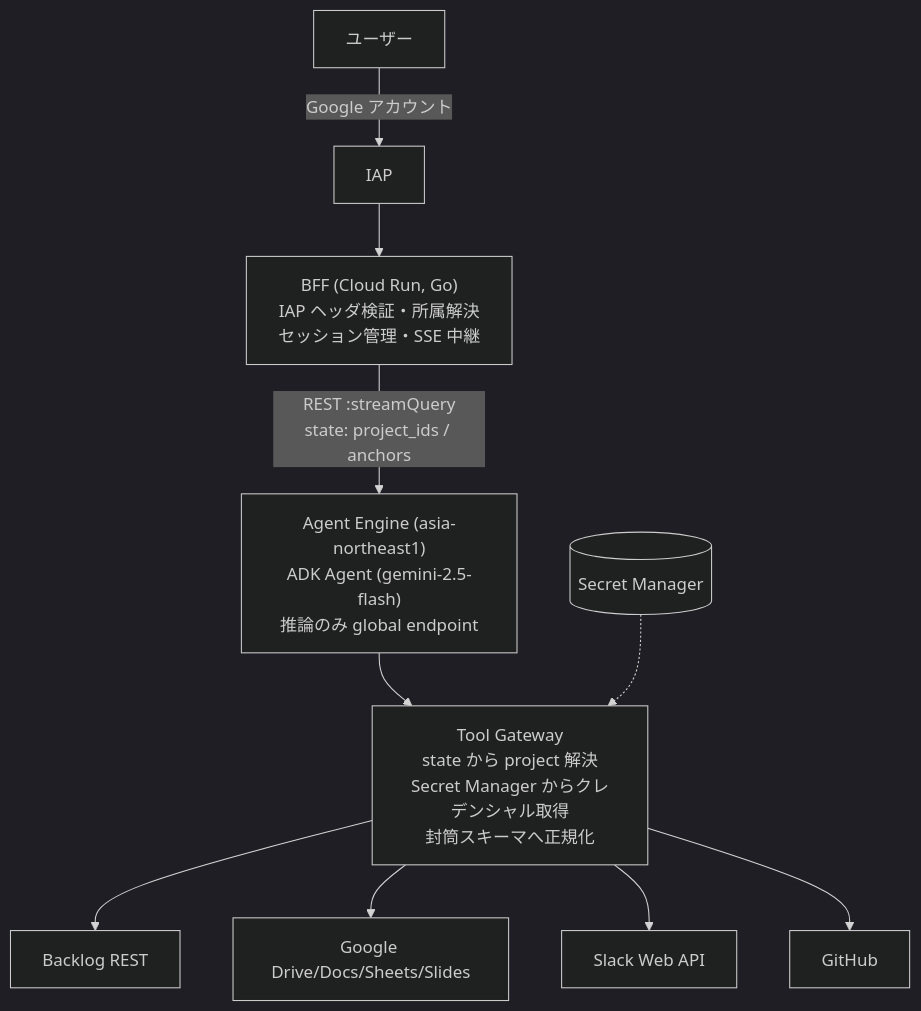
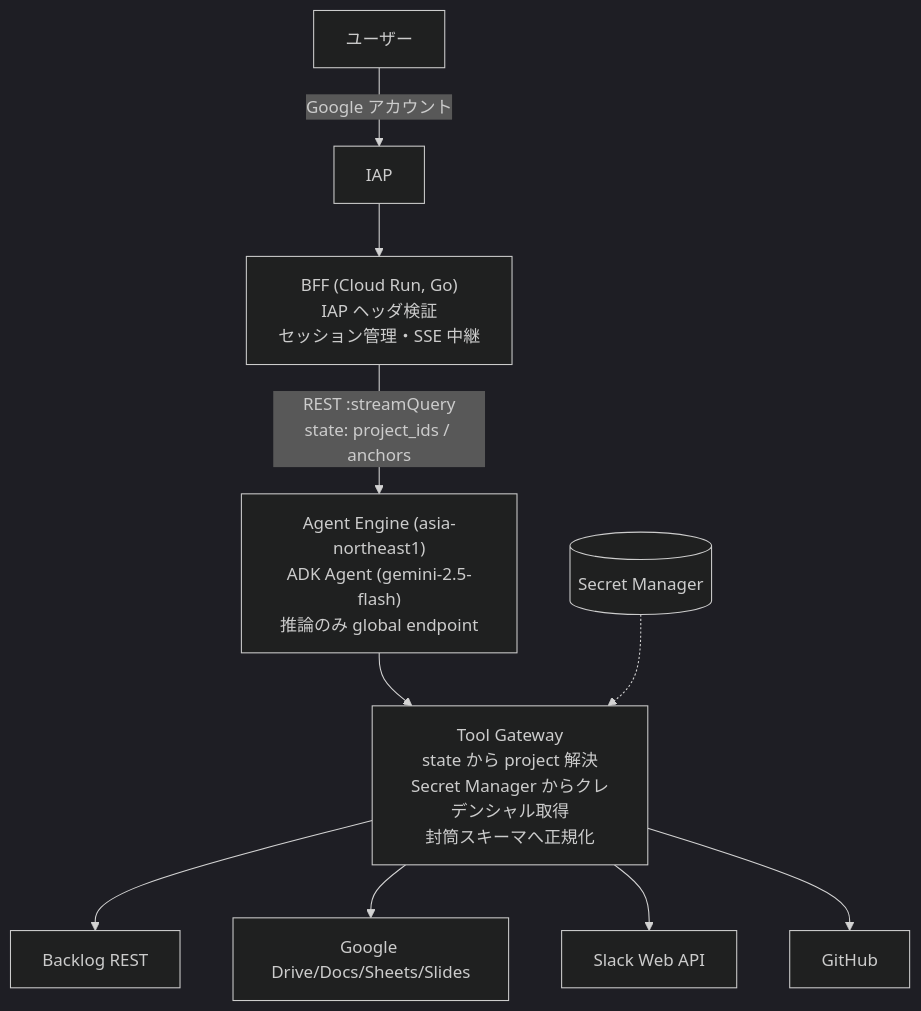
The diagram in README.md (masanao-ohba/ws-agent), drawn with Mermaid (dark theme) before and after one commit. The commit also changed other lines of this file and 11 other files, not shown here.

````diff
--- a/README.md
+++ b/README.md
@@ -16,12 +16,12 @@
 ```mermaid
 flowchart TB
     U[ユーザー] -->|Google アカウント| IAP[IAP]
-    IAP --> BFF["BFF (Cloud Run, Go)<br/>IAP ヘッダ検証・所属解決<br/>セッション管理・SSE 中継"]
+    IAP --> BFF["BFF (Cloud Run, Go)<br/>IAP ヘッダ検証<br/>セッション管理・SSE 中継"]
     BFF -->|"REST :streamQuery<br/>state: project_ids / anchors"| AE["Agent Engine (asia-northeast1)<br/>ADK Agent (gemini-2.5-flash)<br/>推論のみ global endpoint"]
     AE --> GW["Tool Gateway<br/>state から project 解決<br/>Secret Manager からクレデンシャル取得<br/>封筒スキーマへ正規化"]
     GW --> BL[Backlog REST]
     GW --> GWS[Google Drive/Docs/Sheets/Slides]
     GW --> SL[Slack Web API]
     GW --> GH[GitHub]
     SM[(Secret Manager)] -.-> GW
 ```
````
